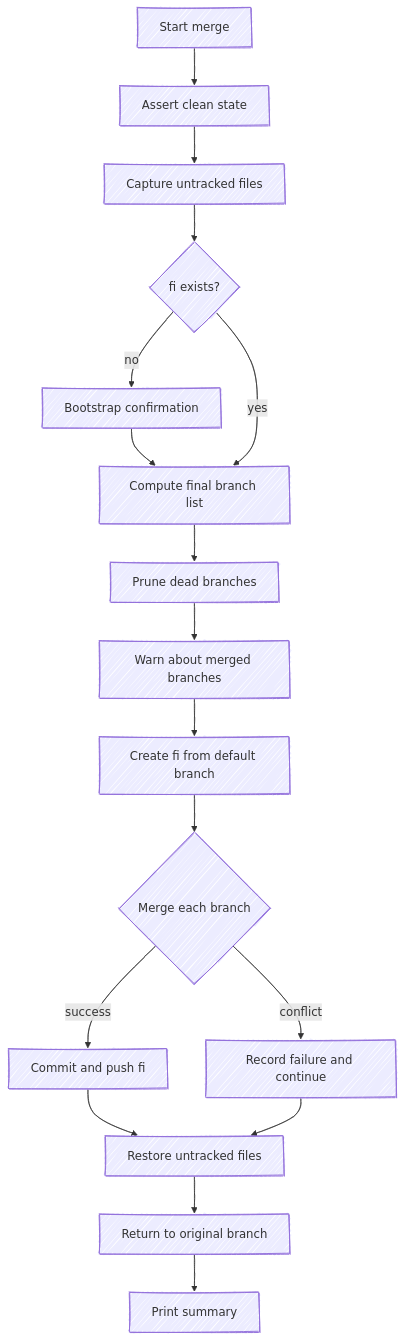
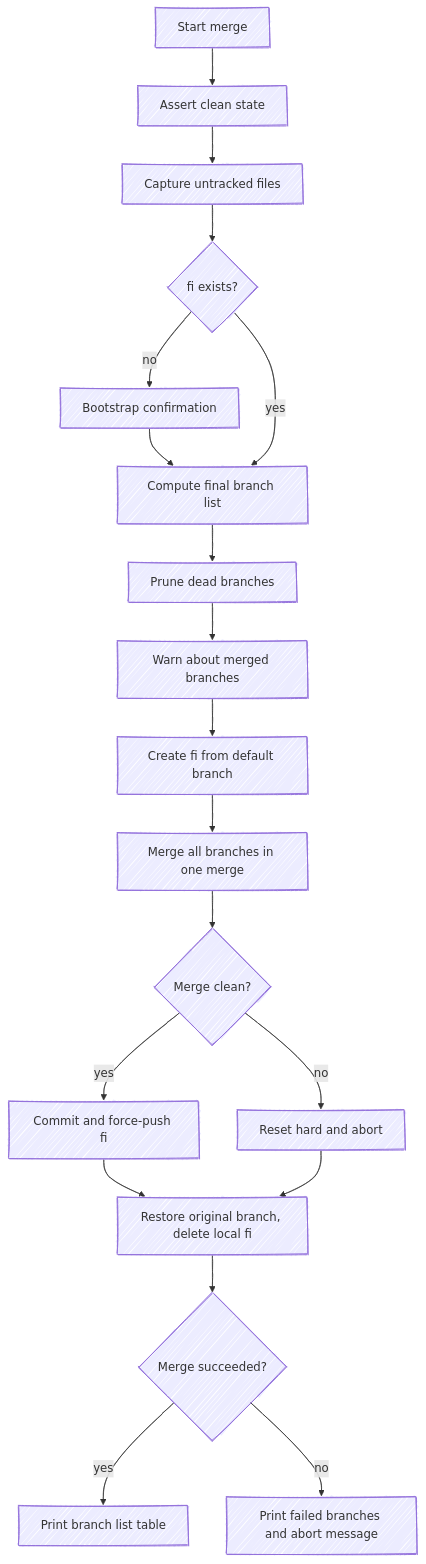
One commit to gettyimages/git-fi changed the diagram in docs/merge-process.md. Above: the diagram before and after it, drawn with Mermaid. The commit also changed other lines of this file and 4 other files, not shown here.

````diff
--- a/docs/merge-process.md
+++ b/docs/merge-process.md
@@ -7,20 +7,22 @@
 ```mermaid
 %%{ init: { 'look': 'handDrawn' } }%%
 flowchart TD
   A[Start merge] --> B[Assert clean state]
   B --> C[Capture untracked files]
   C --> D{fi exists?}
   D -- no --> E[Bootstrap confirmation]
   E --> F[Compute final branch list]
   D -- yes --> F
   F --> G[Prune dead branches]
   G --> H[Warn about merged branches]
   H --> I[Create fi from default branch]
-  I --> J{Merge each branch}
-  J -- success --> K[Commit and push fi]
-  J -- conflict --> L[Record failure and continue]
-  K --> M[Restore untracked files]
-  L --> M
-  M --> N[Return to original branch]
-  N --> O[Print summary]
+  I --> J[Merge all branches in one merge]
+  J --> K{Merge clean?}
+  K -- yes --> L[Commit and force-push fi]
+  K -- no --> M[Reset hard and abort]
+  L --> N[Restore original branch, delete local fi]
+  M --> N
+  N --> O{Merge succeeded?}
+  O -- yes --> P[Print branch list table]
+  O -- no --> Q[Print failed branches and abort message]
 ```
````
